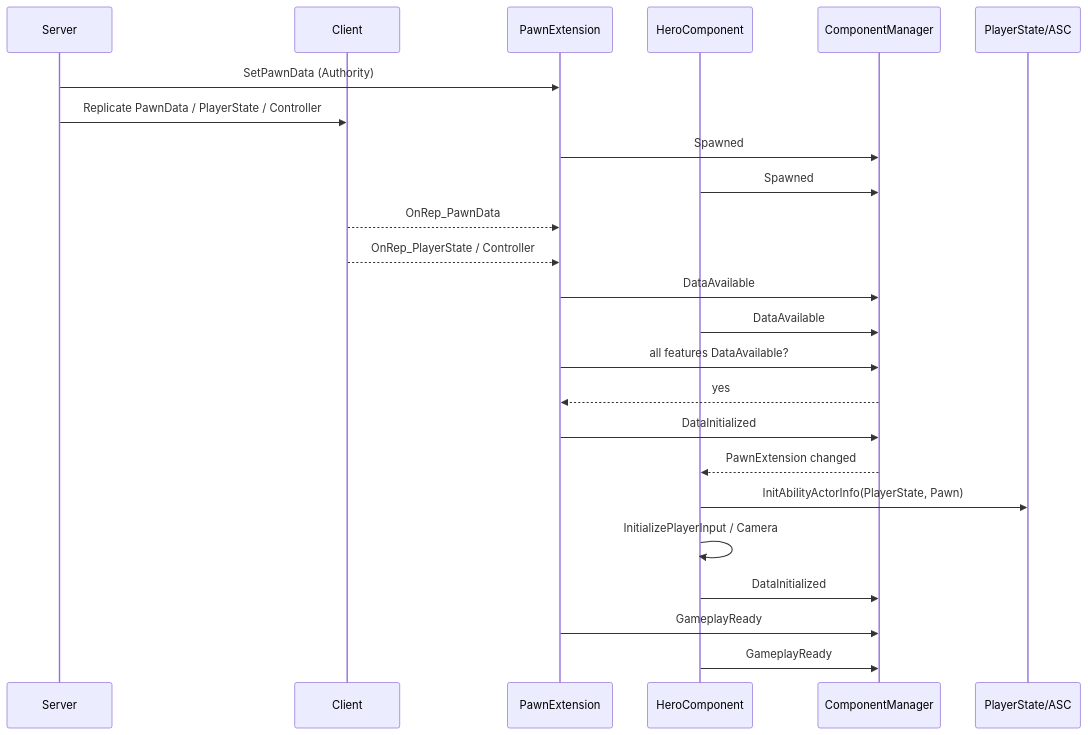
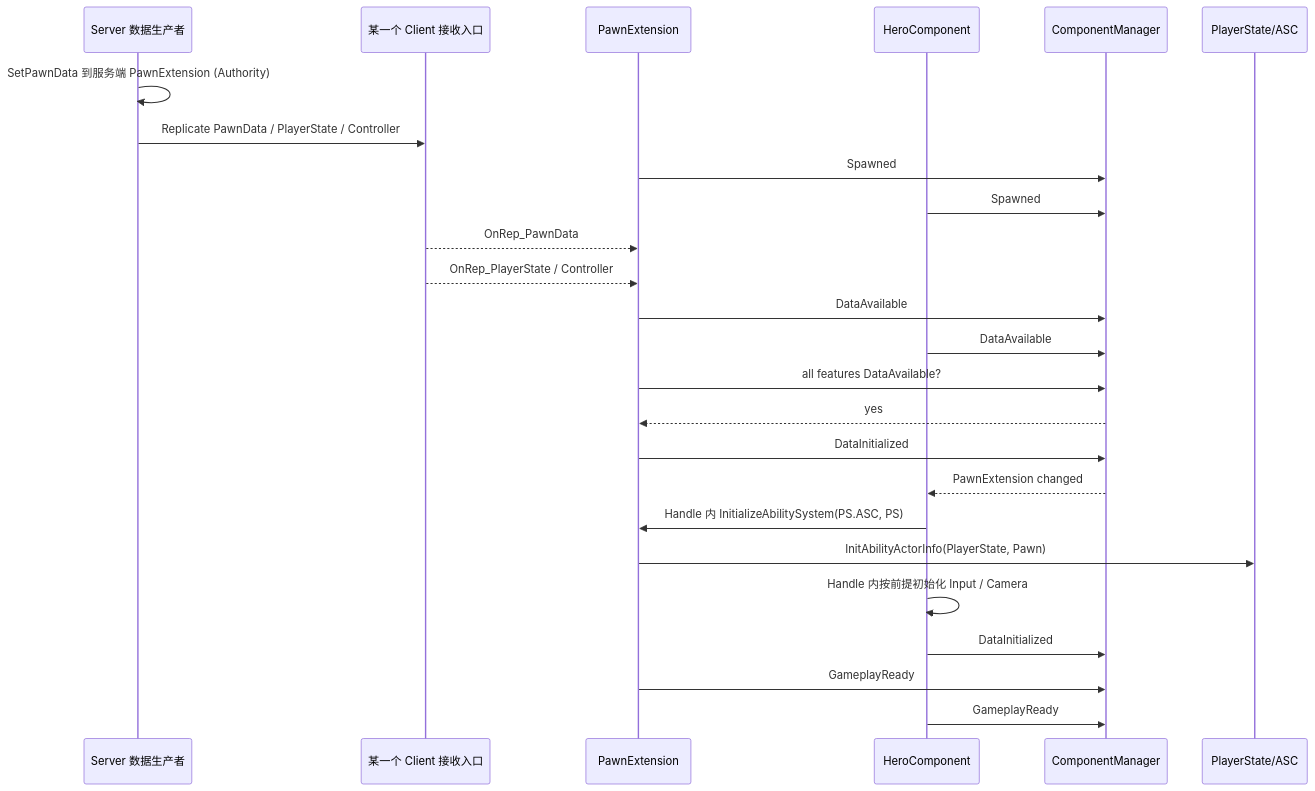
One commit to fantuan812/learning changed the second of 2 diagrams in 知识/03-引擎架构与资源系统/模块化框架与对象通信/41-Lyra-Pawn初始化与模块化组件源码.md. Above: the diagram before and after it, drawn with Mermaid. The commit also changed other lines of this file and 2 other files, not shown here.

````diff
--- a/知识/03-引擎架构与资源系统/模块化框架与对象通信/41-Lyra-Pawn初始化与模块化组件源码.md
+++ b/知识/03-引擎架构与资源系统/模块化框架与对象通信/41-Lyra-Pawn初始化与模块化组件源码.md
@@ -712,27 +769,28 @@
 ```mermaid
 sequenceDiagram
-    participant S as Server
-    participant C as Client
+    participant S as Server 数据生产者
+    participant C as 某一个 Client 接收入口
     participant Ext as PawnExtension
     participant Hero as HeroComponent
     participant Mgr as ComponentManager
     participant PS as PlayerState/ASC
 
-    S->>Ext: SetPawnData (Authority)
+    S->>S: SetPawnData 到服务端 PawnExtension (Authority)
     S->>C: Replicate PawnData / PlayerState / Controller
     Ext->>Mgr: Spawned
     Hero->>Mgr: Spawned
     C-->>Ext: OnRep_PawnData
     C-->>Ext: OnRep_PlayerState / Controller
     Ext->>Mgr: DataAvailable
     Hero->>Mgr: DataAvailable
     Ext->>Mgr: all features DataAvailable?
     Mgr-->>Ext: yes
     Ext->>Mgr: DataInitialized
     Mgr-->>Hero: PawnExtension changed
-    Hero->>PS: InitAbilityActorInfo(PlayerState, Pawn)
-    Hero->>Hero: InitializePlayerInput / Camera
+    Hero->>Ext: Handle 内 InitializeAbilitySystem(PS.ASC, PS)
+    Ext->>PS: InitAbilityActorInfo(PlayerState, Pawn)
+    Hero->>Hero: Handle 内按前提初始化 Input / Camera
     Hero->>Mgr: DataInitialized
     Ext->>Mgr: GameplayReady
     Hero->>Mgr: GameplayReady
 ```
````
